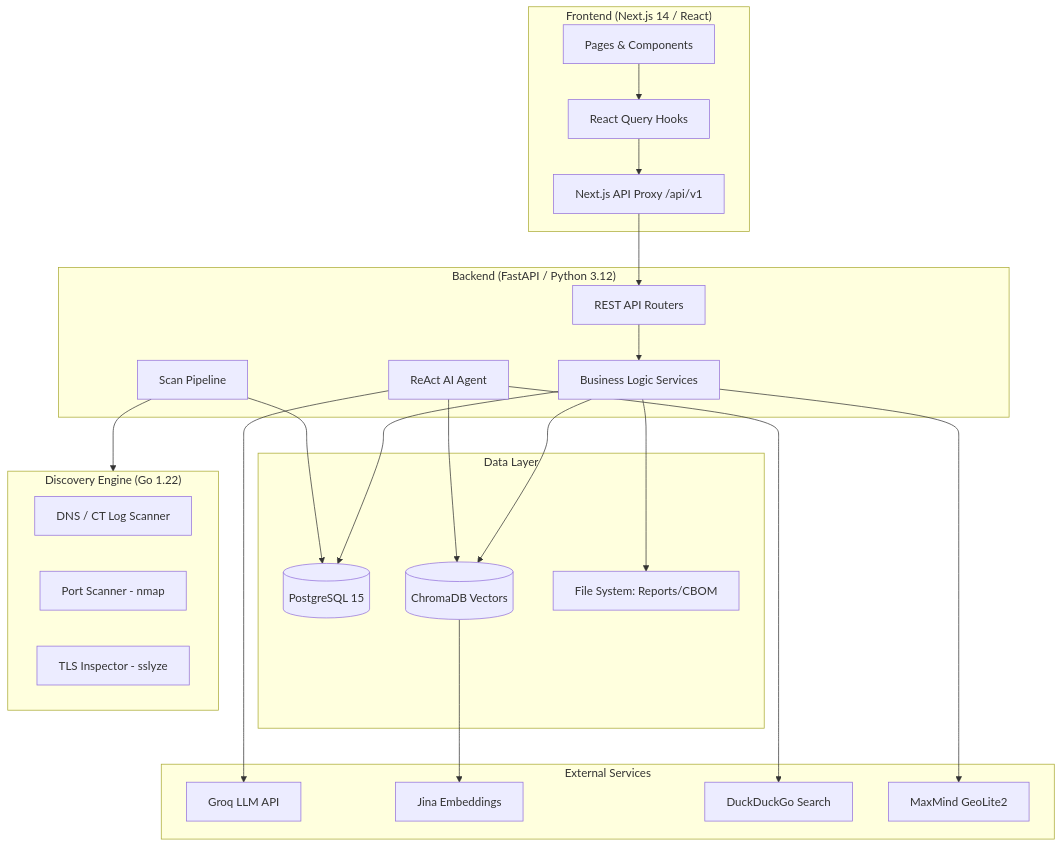
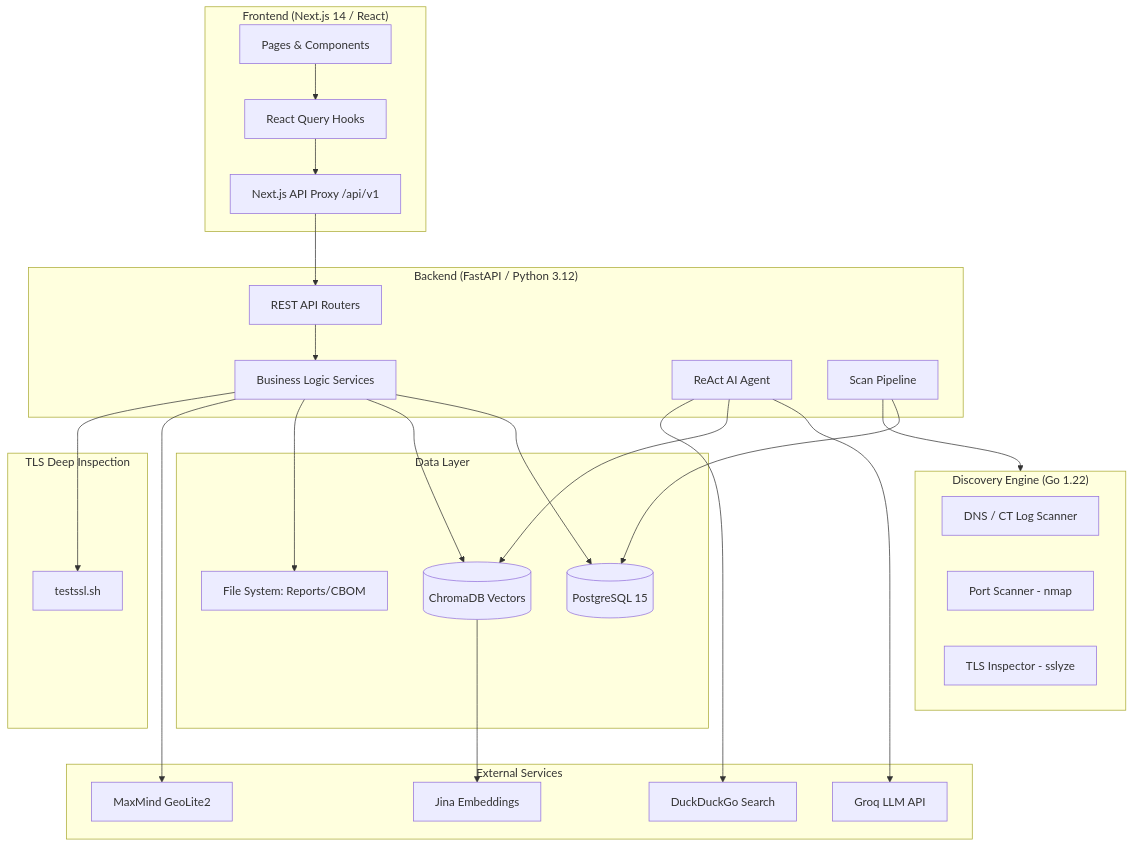
The first of 3 diagrams in README.md (BlakkTyger/QuShield-PnB), drawn with Mermaid before and after one commit. The commit also changed other lines of this file and 19 other files, not shown here.

````diff
--- a/README.md
+++ b/README.md
@@ -173,46 +190,51 @@
 ```mermaid
 graph TB
     subgraph Frontend["Frontend (Next.js 14 / React)"]
         UI[Pages & Components]
         Hooks[React Query Hooks]
         Proxy[Next.js API Proxy /api/v1]
     end
 
     subgraph Backend["Backend (FastAPI / Python 3.12)"]
         API[REST API Routers]
         Services[Business Logic Services]
         Agent[ReAct AI Agent]
         Scanner[Scan Pipeline]
     end
 
     subgraph Data["Data Layer"]
         PG[(PostgreSQL 15)]
         Chroma[(ChromaDB Vectors)]
         FS[File System: Reports/CBOM]
     end
 
     subgraph External["External Services"]
         Groq[Groq LLM API]
         Jina[Jina Embeddings]
         DDG[DuckDuckGo Search]
         GeoIP[MaxMind GeoLite2]
     end
 
     subgraph Discovery["Discovery Engine (Go 1.22)"]
         DNS[DNS / CT Log Scanner]
         Ports[Port Scanner - nmap]
         TLS[TLS Inspector - sslyze]
     end
 
+    subgraph DeepScan["TLS Deep Inspection"]
+        TestSSL[testssl.sh]
+    end
+
     UI --> Hooks --> Proxy --> API
     API --> Services --> PG
     Services --> Chroma
     Services --> FS
     Agent --> Groq
     Agent --> Chroma
     Scanner --> Discovery
     Scanner --> PG
     Services --> GeoIP
+    Services --> TestSSL
     Agent --> DDG
     Chroma --> Jina
 ```
````
